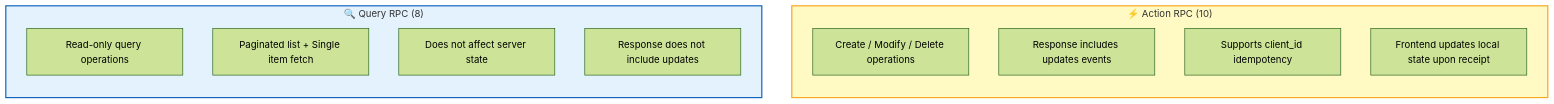
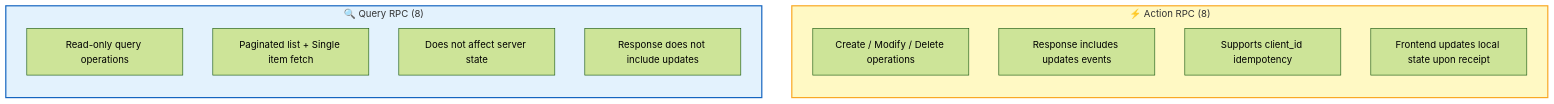
Before and after one commit to rtc-agent/docs: the first of 7 diagrams in src/content/docs/en/protocol/rpc.md, drawn with Mermaid (forest theme). The commit also changed other lines of this file and 60 other files, not shown here.

First line of the commit message:
docs(site): refresh documentation with new sections and improved diagrams

````diff
--- a/src/content/docs/en/protocol/rpc.md
+++ b/src/content/docs/en/protocol/rpc.md
@@ -10,21 +10,21 @@
 ```mermaid
 flowchart TD
-    subgraph ACTION["⚡ Action RPC (10)"]
+    subgraph ACTION["⚡ Action RPC (8)"]
         direction TB
         A1["Create / Modify / Delete operations"]
         A2["Response includes updates events"]
         A3["Supports client_id idempotency"]
         A4["Frontend updates local state upon receipt"]
     end
 
     subgraph QUERY["🔍 Query RPC (8)"]
         direction TB
         Q1["Read-only query operations"]
         Q2["Paginated list + Single item fetch"]
         Q3["Does not affect server state"]
         Q4["Response does not include updates"]
     end
 
     style ACTION fill:#fff9c4,stroke:#f9a825,stroke-width:2px
     style QUERY fill:#e3f2fd,stroke:#1565c0,stroke-width:2px
 ```
````
